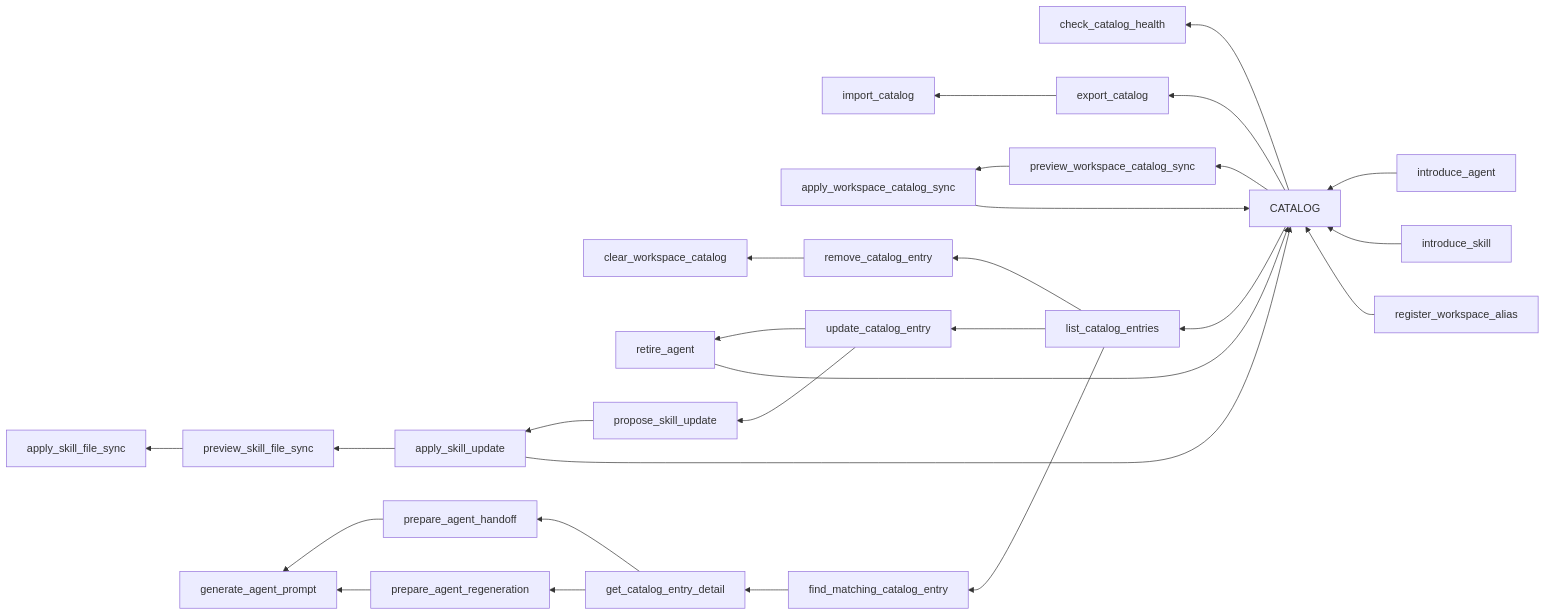
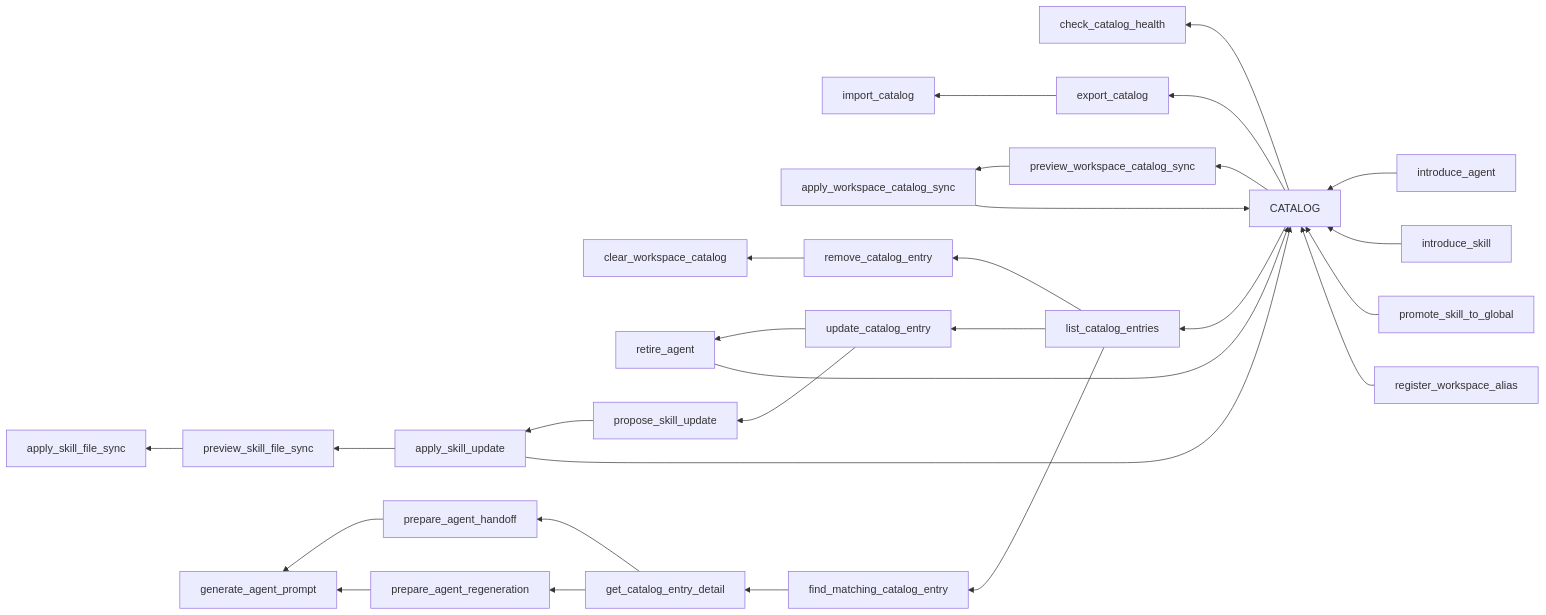
One commit to okanaslan/lor-mcp changed the diagram in README.md. Above: the diagram before and after it, drawn with Mermaid. The commit also changed other lines of this file and 31 other files, not shown here.

First line of the commit message:
feat(catalog): add global skill scope

````diff
--- a/README.md
+++ b/README.md
@@ -51,32 +56,33 @@
 ```mermaid
 flowchart RL
   catalog["CATALOG"]
 
   introduceAgent["introduce_agent"] --> catalog
   introduceSkill["introduce_skill"] --> catalog
+  promoteSkill["promote_skill_to_global"] --> catalog
   registerAlias["register_workspace_alias"] --> catalog
   catalog --> checkHealth["check_catalog_health"]
   catalog --> exportCatalog["export_catalog"]
   exportCatalog --> importCatalog["import_catalog"]
   catalog --> previewWorkspaceSync["preview_workspace_catalog_sync"]
   previewWorkspaceSync --> applyWorkspaceSync["apply_workspace_catalog_sync"]
   applyWorkspaceSync --> catalog
   catalog --> listEntries["list_catalog_entries"]
 
   listEntries --> removeEntry["remove_catalog_entry"]
   removeEntry --> clearCatalog["clear_workspace_catalog"]
   listEntries --> updateEntry["update_catalog_entry"]
   updateEntry --> retireAgent["retire_agent"]
   retireAgent --> catalog
   updateEntry --> proposeSkillUpdate["propose_skill_update"]
   proposeSkillUpdate --> applySkillUpdate["apply_skill_update"]
   applySkillUpdate --> catalog
   applySkillUpdate --> previewSkillFileSync["preview_skill_file_sync"]
   previewSkillFileSync --> applySkillFileSync["apply_skill_file_sync"]
   listEntries --> findMatch["find_matching_catalog_entry"]
   findMatch --> detail["get_catalog_entry_detail"]
   detail --> handoff["prepare_agent_handoff"]
   detail --> regeneration["prepare_agent_regeneration"]
   handoff --> generatePrompt["generate_agent_prompt"]
   regeneration --> generatePrompt
 ```
````
